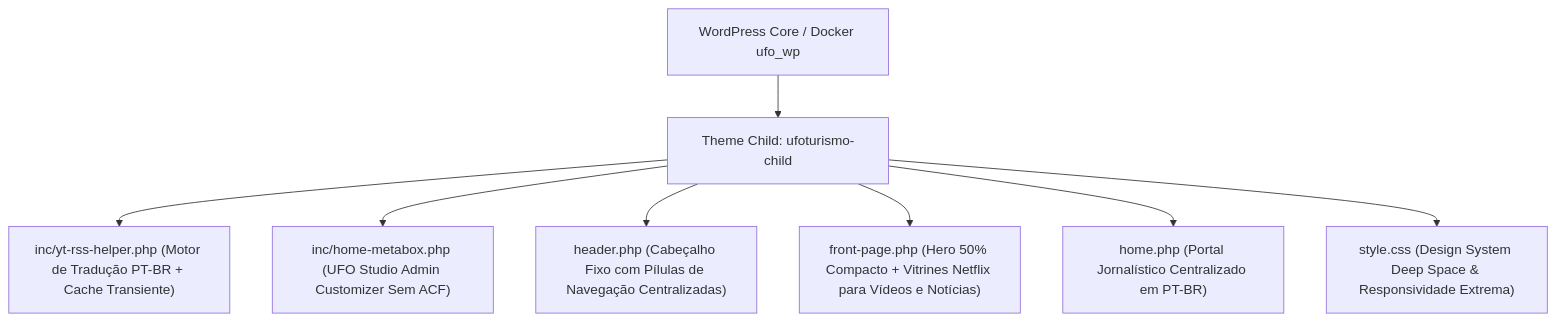
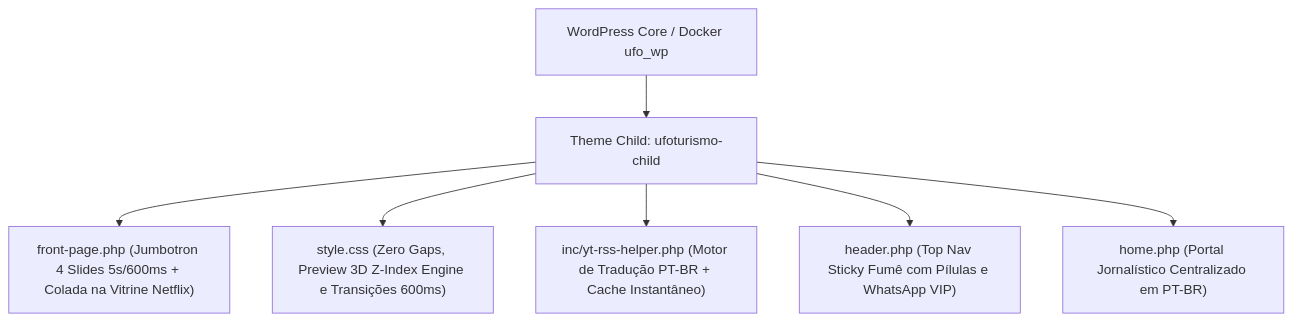
Before and after one commit to FeralUnsettler/WPLocal: the diagram in README.md, drawn with Mermaid. The commit also changed other lines of this file and 2 other files, not shown here.

Commit message:
feat(v3.4.0): implement 4-slide jumbotron 5s/600ms, remove top gap and fix video hover preview

````diff
--- a/README.md
+++ b/README.md
@@ -57,10 +50,9 @@
 ```mermaid
 graph TD
     A[WordPress Core / Docker ufo_wp] --> B[Theme Child: ufoturismo-child]
-    B --> C["inc/yt-rss-helper.php (Motor de Tradução PT-BR + Cache Transiente)"]
-    B --> D["inc/home-metabox.php (UFO Studio Admin Customizer Sem ACF)"]
-    B --> E["header.php (Cabeçalho Fixo com Pílulas de Navegação Centralizadas)"]
-    B --> F["front-page.php (Hero 50% Compacto + Vitrines Netflix para Vídeos e Notícias)"]
+    B --> C["front-page.php (Jumbotron 4 Slides 5s/600ms + Colada na Vitrine Netflix)"]
+    B --> D["style.css (Zero Gaps, Preview 3D Z-Index Engine e Transições 600ms)"]
+    B --> E["inc/yt-rss-helper.php (Motor de Tradução PT-BR + Cache Instantâneo)"]
+    B --> F["header.php (Top Nav Sticky Fumê com Pílulas e WhatsApp VIP)"]
     B --> G["home.php (Portal Jornalístico Centralizado em PT-BR)"]
-    B --> H["style.css (Design System Deep Space & Responsividade Extrema)"]
 ```
````
